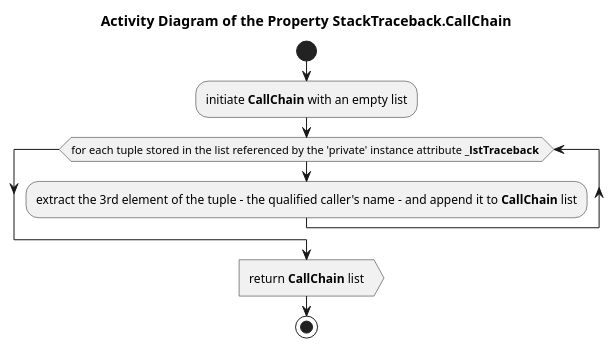
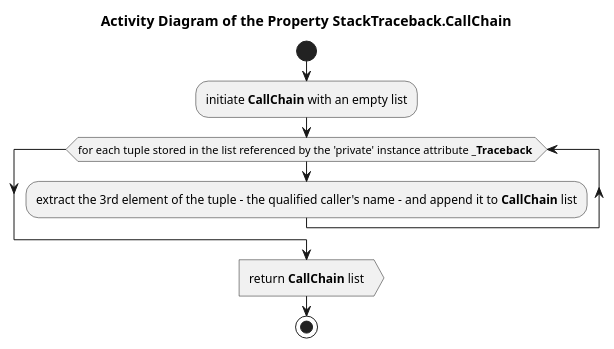
The diagram in Documentation/UML/traceback/traceback_stacktraceback_callchain.pu (FooBarShebang/introspection_lib), drawn with PlantUML before and after one commit. The commit also changed 22 other files, not shown here.

```diff
--- a/Documentation/UML/traceback/traceback_stacktraceback_callchain.pu
+++ b/Documentation/UML/traceback/traceback_stacktraceback_callchain.pu
@@ -1,17 +1,17 @@
 @startuml traceback_stacktraceback_callchain
 
 title Activity Diagram of the Property StackTraceback.CallChain
 
 start
 
 :initiate <b>CallChain</b> with an empty list;
 
-while (for each tuple stored in the list referenced by the 'private' instance attribute <b>_lstTraceback</b> )
+while (for each tuple stored in the list referenced by the 'private' instance attribute <b>_Traceback</b> )
     :extract the 3rd element of the tuple - the qualified caller's name - and append it to <b>CallChain</b> list;
 end while
 
 :return <b>CallChain</b> list>
 
 stop
 
 @enduml
```
